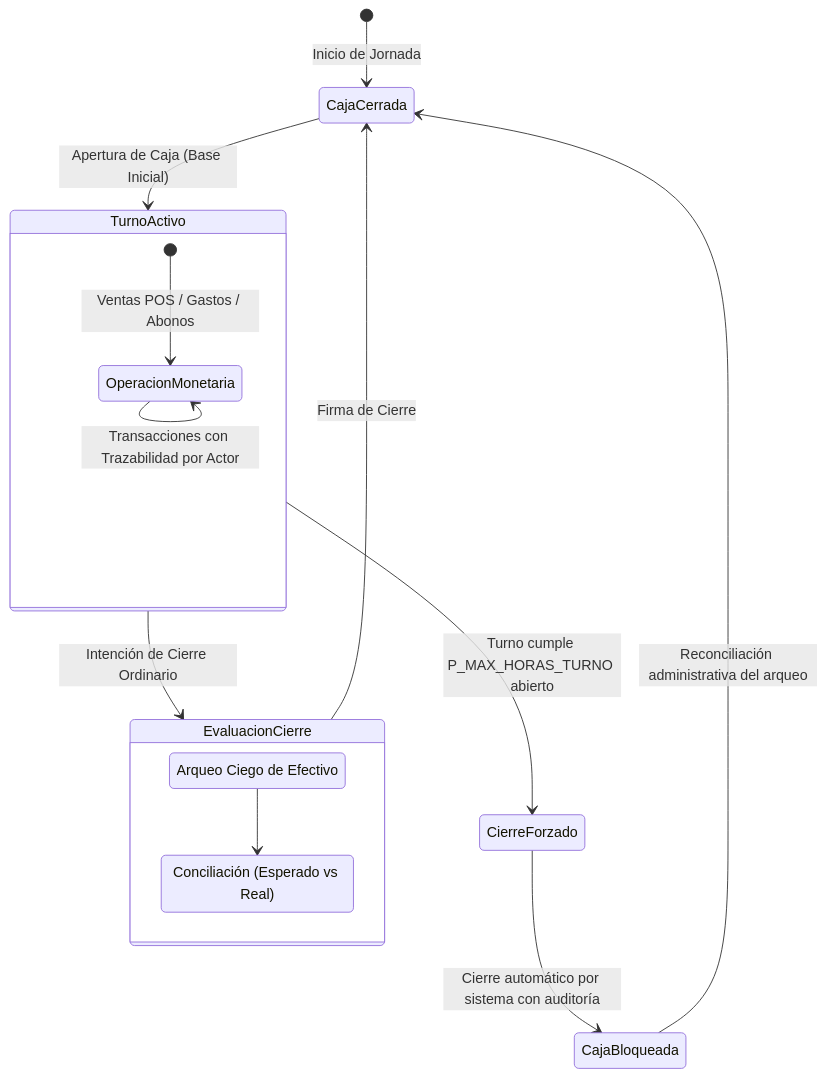
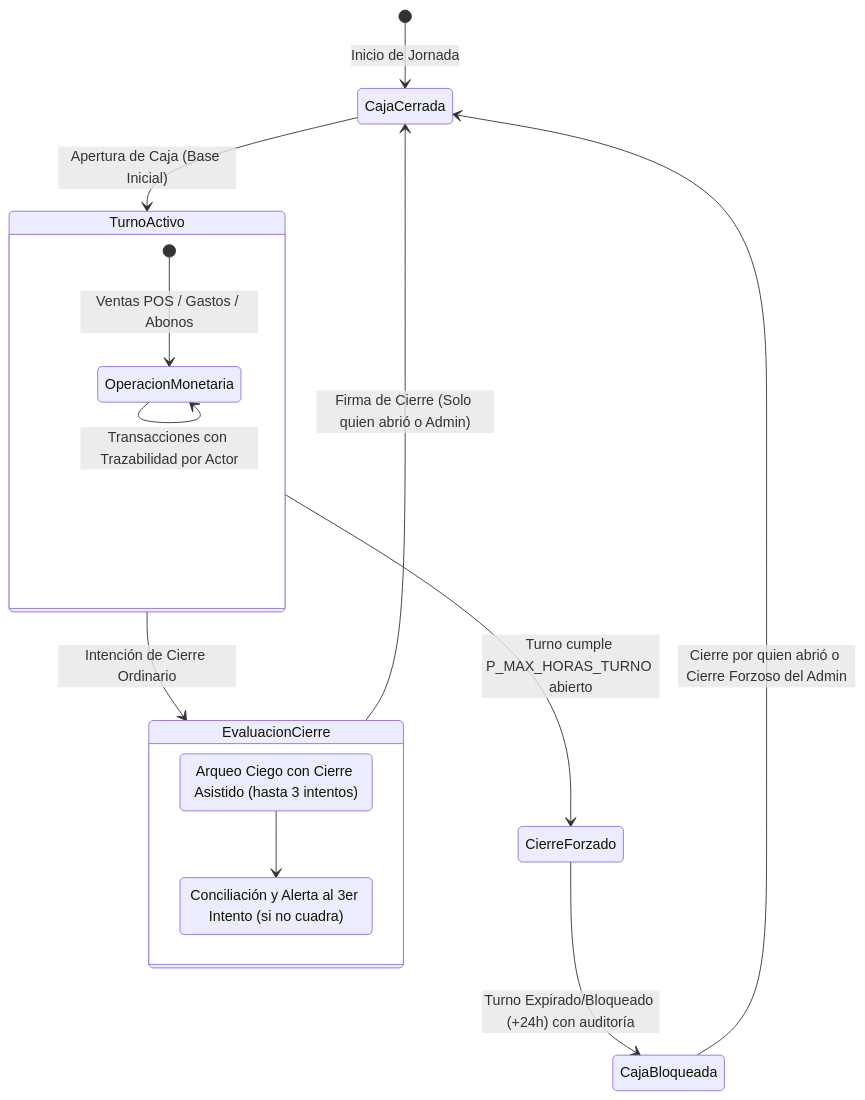
The diagram in documentation/01_requirements/FRD/FRD_017_CICLO_CONTABLE_Y_SESIONES.md (YamirJCF/tienda-barrio-pro), drawn with Mermaid before and after one commit. The commit also changed other lines of this file and 23 other files, not shown here.

````diff
--- a/documentation/01_requirements/FRD/FRD_017_CICLO_CONTABLE_Y_SESIONES.md
+++ b/documentation/01_requirements/FRD/FRD_017_CICLO_CONTABLE_Y_SESIONES.md
@@ -24,24 +24,24 @@
 ```mermaid
 stateDiagram-v2
     [*] --> CajaCerrada: Inicio de Jornada
     CajaCerrada --> TurnoActivo: Apertura de Caja (Base Inicial)
     
     state TurnoActivo {
         [*] --> OperacionMonetaria: Ventas POS / Gastos / Abonos
         OperacionMonetaria --> OperacionMonetaria: Transacciones con Trazabilidad por Actor
     }
     
     TurnoActivo --> EvaluacionCierre: Intención de Cierre Ordinario
     TurnoActivo --> CierreForzado: Turno cumple P_MAX_HORAS_TURNO abierto
     
     state EvaluacionCierre {
-        state "Arqueo Ciego de Efectivo" as Arqueo
-        state "Conciliación (Esperado vs Real)" as Conciliacion
+        state "Arqueo Ciego con Cierre Asistido (hasta 3 intentos)" as Arqueo
+        state "Conciliación y Alerta al 3er Intento (si no cuadra)" as Conciliacion
         Arqueo --> Conciliacion
     }
     
-    EvaluacionCierre --> CajaCerrada: Firma de Cierre
+    EvaluacionCierre --> CajaCerrada: Firma de Cierre (Solo quien abrió o Admin)
     
-    CierreForzado --> CajaBloqueada: Cierre automático por sistema con auditoría
-    CajaBloqueada --> CajaCerrada: Reconciliación administrativa del arqueo
+    CierreForzado --> CajaBloqueada: Turno Expirado/Bloqueado (+24h) con auditoría
+    CajaBloqueada --> CajaCerrada: Cierre por quien abrió o Cierre Forzoso del Admin
 ```
````
